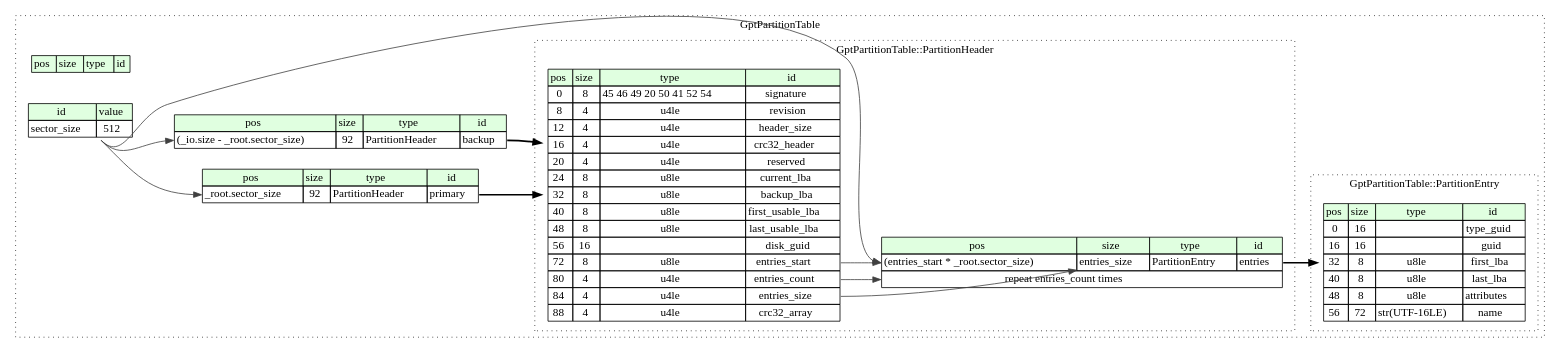
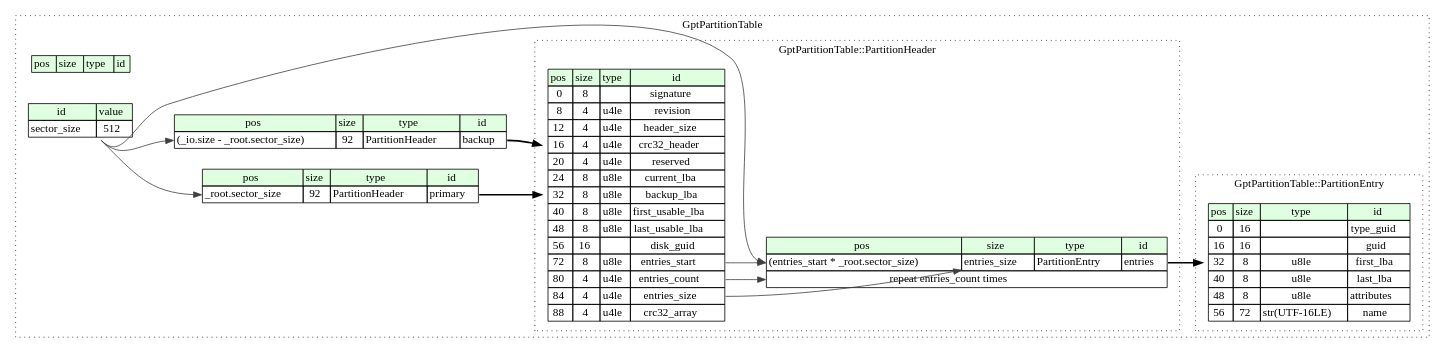
One commit to kaitai-io/formats-kaitai-io.github.io changed the diagram in gpt_partition_table/src/graphviz/gpt_partition_table.dot. Above: the diagram before and after it, drawn with Graphviz. The commit also changed 3155 other files, not shown here.

```diff
--- a/gpt_partition_table/src/graphviz/gpt_partition_table.dot
+++ b/gpt_partition_table/src/graphviz/gpt_partition_table.dot
@@ -1,74 +1,74 @@
 digraph {
 	rankdir=LR;
 	node [shape=plaintext];
 	subgraph cluster__gpt_partition_table {
 		label="GptPartitionTable";
 		graph[style=dotted];
 
 		gpt_partition_table__seq [label=<<TABLE BORDER="0" CELLBORDER="1" CELLSPACING="0">
 			<TR><TD BGCOLOR="#E0FFE0">pos</TD><TD BGCOLOR="#E0FFE0">size</TD><TD BGCOLOR="#E0FFE0">type</TD><TD BGCOLOR="#E0FFE0">id</TD></TR>
 		</TABLE>>];
 		gpt_partition_table__inst__sector_size [label=<<TABLE BORDER="0" CELLBORDER="1" CELLSPACING="0">
 			<TR><TD BGCOLOR="#E0FFE0">id</TD><TD BGCOLOR="#E0FFE0">value</TD></TR>
 			<TR><TD>sector_size</TD><TD>512</TD></TR>
 		</TABLE>>];
 		gpt_partition_table__inst__primary [label=<<TABLE BORDER="0" CELLBORDER="1" CELLSPACING="0">
 			<TR><TD BGCOLOR="#E0FFE0">pos</TD><TD BGCOLOR="#E0FFE0">size</TD><TD BGCOLOR="#E0FFE0">type</TD><TD BGCOLOR="#E0FFE0">id</TD></TR>
 			<TR><TD PORT="primary_pos">_root.sector_size</TD><TD PORT="primary_size">92</TD><TD>PartitionHeader</TD><TD PORT="primary_type">primary</TD></TR>
 		</TABLE>>];
 		gpt_partition_table__inst__backup [label=<<TABLE BORDER="0" CELLBORDER="1" CELLSPACING="0">
 			<TR><TD BGCOLOR="#E0FFE0">pos</TD><TD BGCOLOR="#E0FFE0">size</TD><TD BGCOLOR="#E0FFE0">type</TD><TD BGCOLOR="#E0FFE0">id</TD></TR>
 			<TR><TD PORT="backup_pos">(_io.size - _root.sector_size)</TD><TD PORT="backup_size">92</TD><TD>PartitionHeader</TD><TD PORT="backup_type">backup</TD></TR>
 		</TABLE>>];
 		subgraph cluster__partition_entry {
 			label="GptPartitionTable::PartitionEntry";
 			graph[style=dotted];
 
 			partition_entry__seq [label=<<TABLE BORDER="0" CELLBORDER="1" CELLSPACING="0">
 				<TR><TD BGCOLOR="#E0FFE0">pos</TD><TD BGCOLOR="#E0FFE0">size</TD><TD BGCOLOR="#E0FFE0">type</TD><TD BGCOLOR="#E0FFE0">id</TD></TR>
 				<TR><TD PORT="type_guid_pos">0</TD><TD PORT="type_guid_size">16</TD><TD></TD><TD PORT="type_guid_type">type_guid</TD></TR>
 				<TR><TD PORT="guid_pos">16</TD><TD PORT="guid_size">16</TD><TD></TD><TD PORT="guid_type">guid</TD></TR>
 				<TR><TD PORT="first_lba_pos">32</TD><TD PORT="first_lba_size">8</TD><TD>u8le</TD><TD PORT="first_lba_type">first_lba</TD></TR>
 				<TR><TD PORT="last_lba_pos">40</TD><TD PORT="last_lba_size">8</TD><TD>u8le</TD><TD PORT="last_lba_type">last_lba</TD></TR>
 				<TR><TD PORT="attributes_pos">48</TD><TD PORT="attributes_size">8</TD><TD>u8le</TD><TD PORT="attributes_type">attributes</TD></TR>
 				<TR><TD PORT="name_pos">56</TD><TD PORT="name_size">72</TD><TD>str(UTF-16LE)</TD><TD PORT="name_type">name</TD></TR>
 			</TABLE>>];
 		}
 		subgraph cluster__partition_header {
 			label="GptPartitionTable::PartitionHeader";
 			graph[style=dotted];
 
 			partition_header__seq [label=<<TABLE BORDER="0" CELLBORDER="1" CELLSPACING="0">
 				<TR><TD BGCOLOR="#E0FFE0">pos</TD><TD BGCOLOR="#E0FFE0">size</TD><TD BGCOLOR="#E0FFE0">type</TD><TD BGCOLOR="#E0FFE0">id</TD></TR>
-				<TR><TD PORT="signature_pos">0</TD><TD PORT="signature_size">8</TD><TD>45 46 49 20 50 41 52 54</TD><TD PORT="signature_type">signature</TD></TR>
+				<TR><TD PORT="signature_pos">0</TD><TD PORT="signature_size">8</TD><TD></TD><TD PORT="signature_type">signature</TD></TR>
 				<TR><TD PORT="revision_pos">8</TD><TD PORT="revision_size">4</TD><TD>u4le</TD><TD PORT="revision_type">revision</TD></TR>
 				<TR><TD PORT="header_size_pos">12</TD><TD PORT="header_size_size">4</TD><TD>u4le</TD><TD PORT="header_size_type">header_size</TD></TR>
 				<TR><TD PORT="crc32_header_pos">16</TD><TD PORT="crc32_header_size">4</TD><TD>u4le</TD><TD PORT="crc32_header_type">crc32_header</TD></TR>
 				<TR><TD PORT="reserved_pos">20</TD><TD PORT="reserved_size">4</TD><TD>u4le</TD><TD PORT="reserved_type">reserved</TD></TR>
 				<TR><TD PORT="current_lba_pos">24</TD><TD PORT="current_lba_size">8</TD><TD>u8le</TD><TD PORT="current_lba_type">current_lba</TD></TR>
 				<TR><TD PORT="backup_lba_pos">32</TD><TD PORT="backup_lba_size">8</TD><TD>u8le</TD><TD PORT="backup_lba_type">backup_lba</TD></TR>
 				<TR><TD PORT="first_usable_lba_pos">40</TD><TD PORT="first_usable_lba_size">8</TD><TD>u8le</TD><TD PORT="first_usable_lba_type">first_usable_lba</TD></TR>
 				<TR><TD PORT="last_usable_lba_pos">48</TD><TD PORT="last_usable_lba_size">8</TD><TD>u8le</TD><TD PORT="last_usable_lba_type">last_usable_lba</TD></TR>
 				<TR><TD PORT="disk_guid_pos">56</TD><TD PORT="disk_guid_size">16</TD><TD></TD><TD PORT="disk_guid_type">disk_guid</TD></TR>
 				<TR><TD PORT="entries_start_pos">72</TD><TD PORT="entries_start_size">8</TD><TD>u8le</TD><TD PORT="entries_start_type">entries_start</TD></TR>
 				<TR><TD PORT="entries_count_pos">80</TD><TD PORT="entries_count_size">4</TD><TD>u4le</TD><TD PORT="entries_count_type">entries_count</TD></TR>
 				<TR><TD PORT="entries_size_pos">84</TD><TD PORT="entries_size_size">4</TD><TD>u4le</TD><TD PORT="entries_size_type">entries_size</TD></TR>
 				<TR><TD PORT="crc32_array_pos">88</TD><TD PORT="crc32_array_size">4</TD><TD>u4le</TD><TD PORT="crc32_array_type">crc32_array</TD></TR>
 			</TABLE>>];
 			partition_header__inst__entries [label=<<TABLE BORDER="0" CELLBORDER="1" CELLSPACING="0">
 				<TR><TD BGCOLOR="#E0FFE0">pos</TD><TD BGCOLOR="#E0FFE0">size</TD><TD BGCOLOR="#E0FFE0">type</TD><TD BGCOLOR="#E0FFE0">id</TD></TR>
 				<TR><TD PORT="entries_pos">(entries_start * _root.sector_size)</TD><TD PORT="entries_size">entries_size</TD><TD>PartitionEntry</TD><TD PORT="entries_type">entries</TD></TR>
 				<TR><TD COLSPAN="4" PORT="entries__repeat">repeat entries_count times</TD></TR>
 			</TABLE>>];
 		}
 	}
 	gpt_partition_table__inst__sector_size:sector_size_type -> gpt_partition_table__inst__primary:primary_pos [color="#404040"];
 	gpt_partition_table__inst__primary:primary_type -> partition_header__seq [style=bold];
 	gpt_partition_table__inst__sector_size:sector_size_type -> gpt_partition_table__inst__backup:backup_pos [color="#404040"];
 	gpt_partition_table__inst__backup:backup_type -> partition_header__seq [style=bold];
 	partition_header__seq:entries_start_type -> partition_header__inst__entries:entries_pos [color="#404040"];
 	gpt_partition_table__inst__sector_size:sector_size_type -> partition_header__inst__entries:entries_pos [color="#404040"];
 	partition_header__seq:entries_size_type -> partition_header__inst__entries:entries_size [color="#404040"];
 	partition_header__inst__entries:entries_type -> partition_entry__seq [style=bold];
 	partition_header__seq:entries_count_type -> partition_header__inst__entries:entries__repeat [color="#404040"];
 }
```
